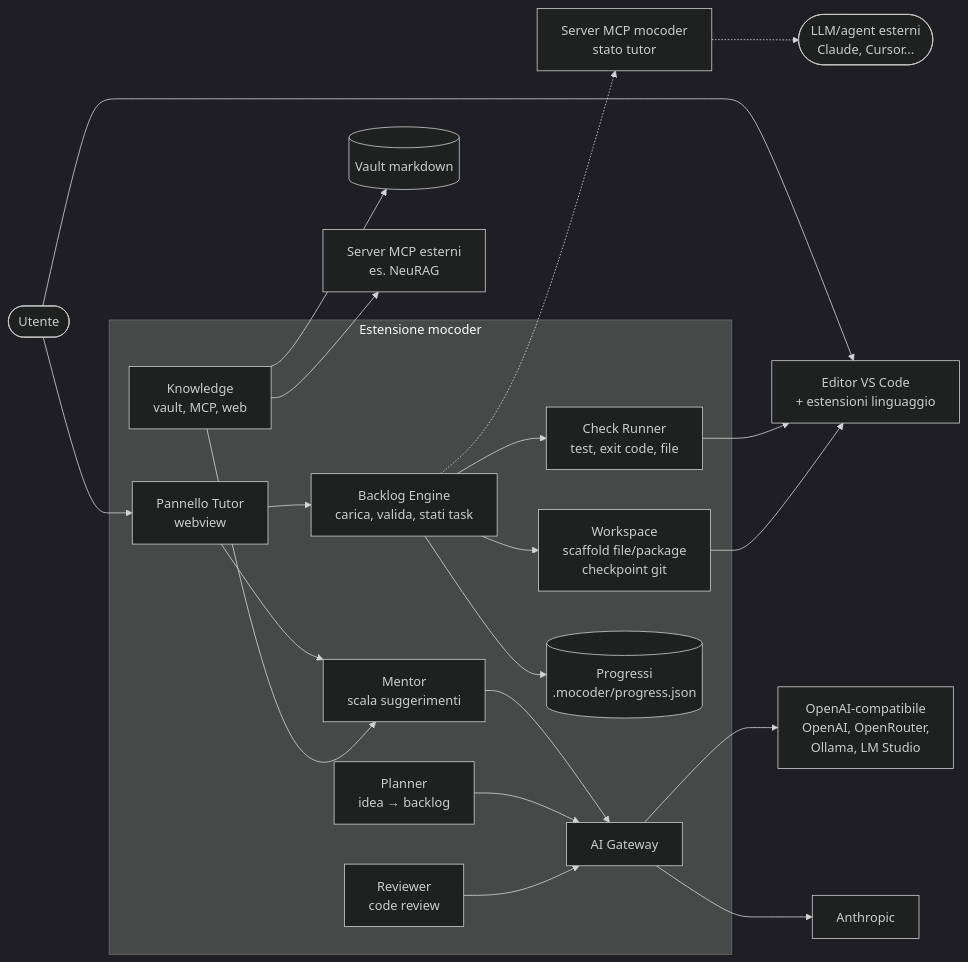
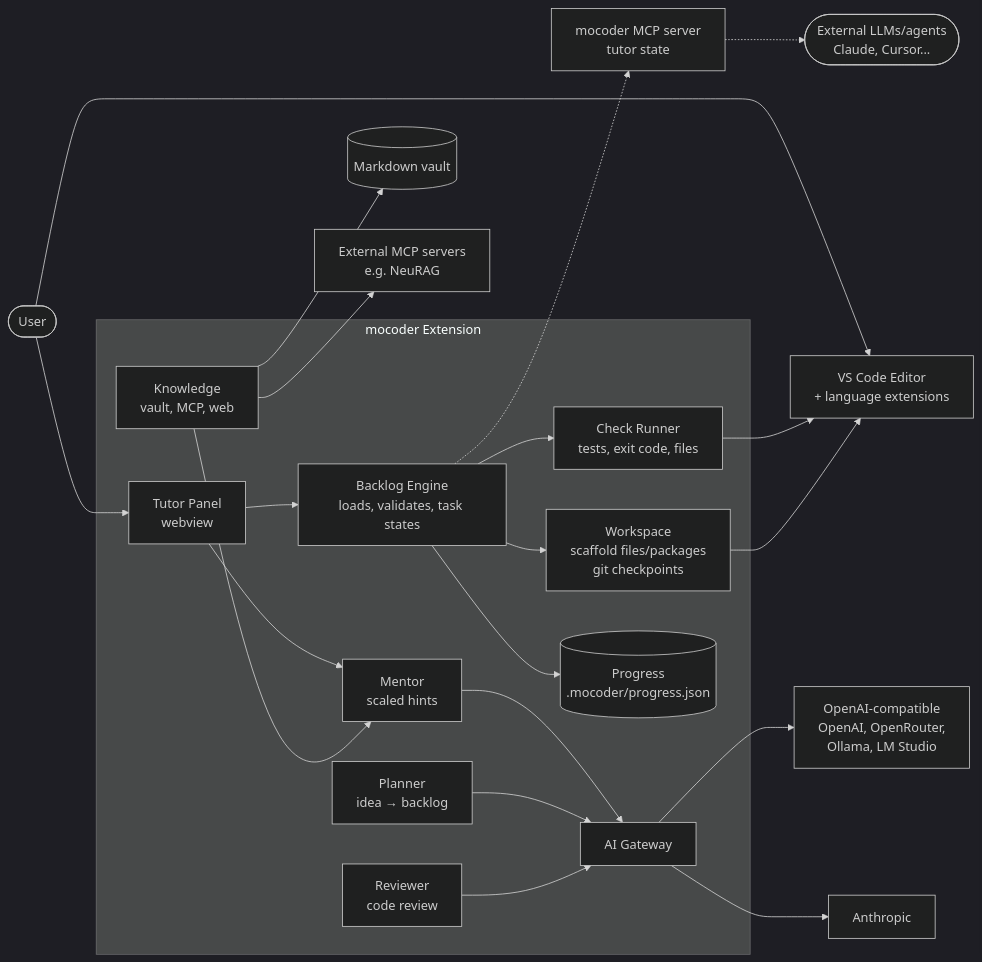
The diagram in docs/ARCHITETTURA.md (recla93/mocoder), drawn with Mermaid (dark theme) before and after one commit. The commit also changed other lines of this file and 29 other files, not shown here.

````diff
--- a/docs/ARCHITETTURA.md
+++ b/docs/ARCHITETTURA.md
@@ -40,26 +40,26 @@
 ```mermaid
 flowchart LR
-  U([Utente]) --> P[Pannello Tutor<br/>webview]
-  U --> ED[Editor VS Code<br/>+ estensioni linguaggio]
+  U([User]) --> P[Tutor Panel<br/>webview]
+  U --> ED[VS Code Editor<br/>+ language extensions]
 
-  subgraph EXT[Estensione mocoder]
-    P --> BE[Backlog Engine<br/>carica, valida, stati task]
-    BE --> CR[Check Runner<br/>test, exit code, file]
-    BE --> WS[Workspace<br/>scaffold file/package<br/>checkpoint git]
-    P --> MT[Mentor<br/>scala suggerimenti]
-    BE --> PR[(Progressi<br/>.mocoder/progress.json)]
+  subgraph EXT[mocoder Extension]
+    P --> BE[Backlog Engine<br/>loads, validates, task states]
+    BE --> CR[Check Runner<br/>tests, exit code, files]
+    BE --> WS[Workspace<br/>scaffold files/packages<br/>git checkpoints]
+    P --> MT[Mentor<br/>scaled hints]
+    BE --> PR[(Progress<br/>.mocoder/progress.json)]
     MT --> AI[AI Gateway]
     PL[Planner<br/>idea → backlog] --> AI
     RV[Reviewer<br/>code review] --> AI
     KN[Knowledge<br/>vault, MCP, web] --> MT
   end
 
   AI --> LLM1[Anthropic]
-  AI --> LLM2[OpenAI-compatibile<br/>OpenAI, OpenRouter,<br/>Ollama, LM Studio]
-  KN --> V[(Vault markdown)]
-  KN --> MCPX[Server MCP esterni<br/>es. NeuRAG]
-  MCPS[Server MCP mocoder<br/>stato tutor] -.-> EXTAG([LLM/agent esterni<br/>Claude, Cursor...])
+  AI --> LLM2[OpenAI-compatible<br/>OpenAI, OpenRouter,<br/>Ollama, LM Studio]
+  KN --> V[(Markdown vault)]
+  KN --> MCPX[External MCP servers<br/>e.g. NeuRAG]
+  MCPS[mocoder MCP server<br/>tutor state] -.-> EXTAG([External LLMs/agents<br/>Claude, Cursor...])
   BE -.-> MCPS
   CR --> ED
   WS --> ED
 ```
````
